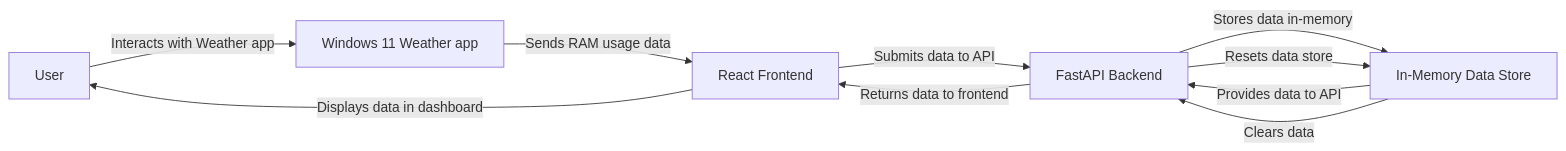
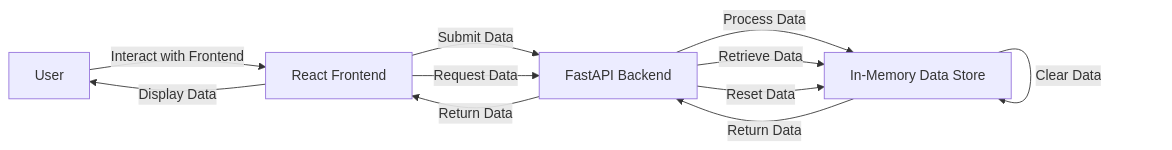
One commit to coddyieee-sketch/ram-weather-optimizer-pro-max-plus changed the diagram in README.md. Above: the diagram before and after it, drawn with Mermaid. The commit also changed other lines of this file and 6 other files, not shown here.

First line of the commit message:
feat: initial release of ram-weather-optimizer-pro-max-plus for 'Windows 11's built-in Weather app wastes more than 1 GB of RAM'

````diff
--- a/README.md
+++ b/README.md
@@ -22,12 +23,14 @@
 ```mermaid
 graph LR
-    A[User] -->|Interacts with Weather app| B[Windows 11 Weather app]
-    B -->|Sends RAM usage data| C[React Frontend]
-    C -->|Submits data to API| D[FastAPI Backend]
-    D -->|Stores data in-memory| E[In-Memory Data Store]
-    E -->|Provides data to API| D
-    D -->|Returns data to frontend| C
-    C -->|Displays data in dashboard| A
-    D -->|Resets data store| E
-    E -->|Clears data| D
+    A[User] -->|Interact with Frontend| B[React Frontend]
+    B -->|Submit Data| C[FastAPI Backend]
+    C -->|Process Data| D[In-Memory Data Store]
+    D -->|Store Data| D
+    B -->|Request Data| C
+    C -->|Retrieve Data| D
+    D -->|Return Data| C
+    C -->|Return Data| B
+    B -->|Display Data| A
+    C -->|Reset Data| D
+    D -->|Clear Data| D
 ```
````
